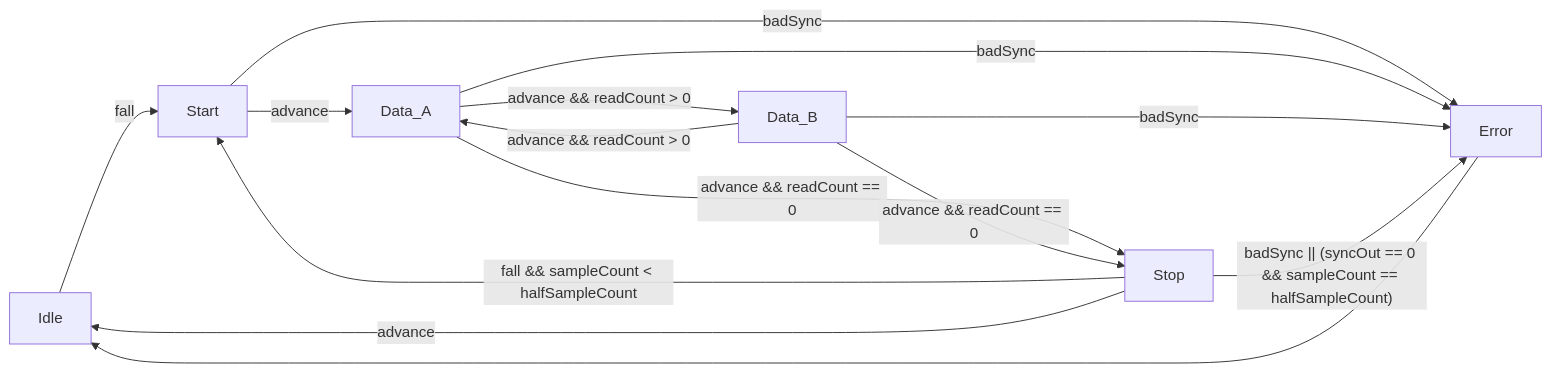
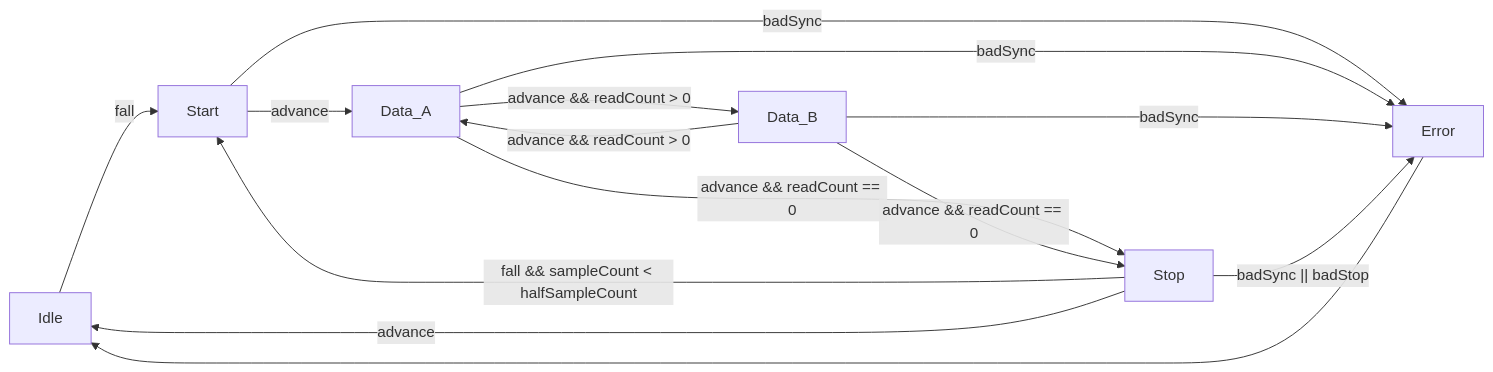
One commit to NYU-Processor-Design/PurdNyUart changed the second of 2 diagrams in docs/UartRx.md. Above: the diagram before and after it, drawn with Mermaid. The commit also changed other lines of this file and 7 other files, not shown here.

````diff
--- a/docs/UartRx.md
+++ b/docs/UartRx.md
@@ -85,21 +87,21 @@
 ```mermaid
 graph LR;
   Idle--fall-->Start;
 
   Start--badSync-->Error;
   Start--advance-->Data_A;
 
   Data_A--badSync-->Error;
   Data_A--advance && readCount > 0 -->Data_B;
   Data_A--advance && readCount == 0 -->Stop;
 
   Data_B--badSync-->Error;
   Data_B--advance && readCount > 0 -->Data_A;
   Data_B--advance && readCount == 0 -->Stop;
 
-  Stop--"badSync || (syncOut == 0 && sampleCount == halfSampleCount)"-->Error;
+  Stop--"badSync || badStop"-->Error;
   Stop--fall && sampleCount < halfSampleCount-->Start;
   Stop--advance-->Idle;
 
   Error-->Idle;
 ```
````
